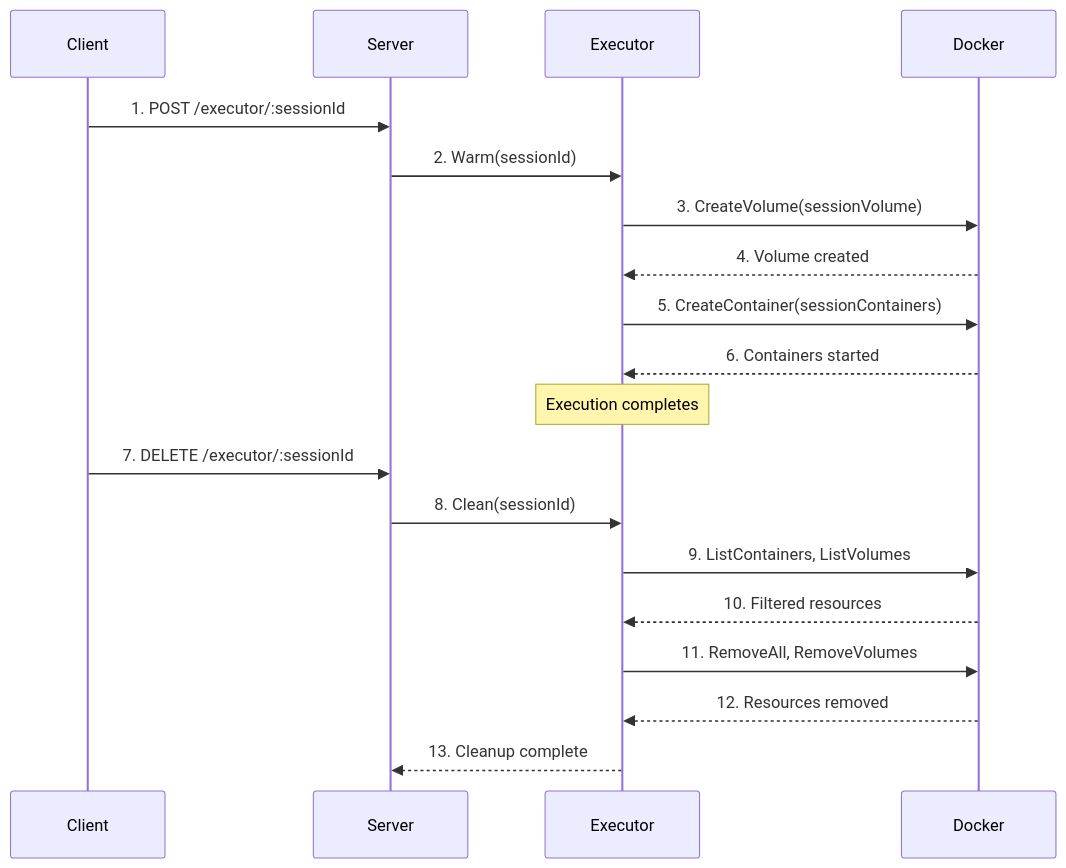
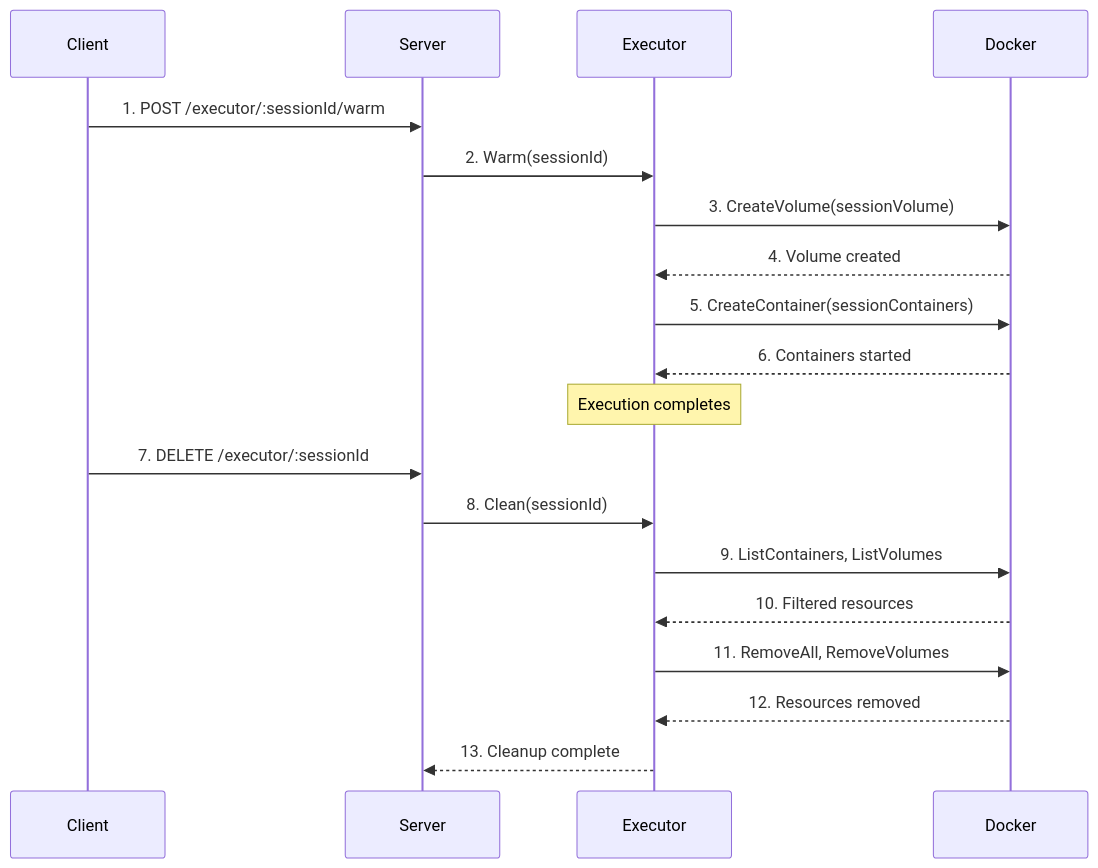
One commit to AtomiCloud/sulfone.boron changed the second of 2 diagrams in docs/developer/features/01-session-management.md. Above: the diagram before and after it, drawn with Mermaid. The commit also changed 27 other files, not shown here.

````diff
--- a/docs/developer/features/01-session-management.md
+++ b/docs/developer/features/01-session-management.md
@@ -39,24 +39,24 @@
 ```mermaid
 sequenceDiagram
     participant C as Client
     participant S as Server
     participant E as Executor
     participant D as Docker
 
-    C->>S: 1. POST /executor/:sessionId
+    C->>S: 1. POST /executor/:sessionId/warm
     S->>E: 2. Warm(sessionId)
     E->>D: 3. CreateVolume(sessionVolume)
     D-->>E: 4. Volume created
     E->>D: 5. CreateContainer(sessionContainers)
     D-->>E: 6. Containers started
 
     Note over E: Execution completes
 
     C->>S: 7. DELETE /executor/:sessionId
     S->>E: 8. Clean(sessionId)
     E->>D: 9. ListContainers, ListVolumes
     D-->>E: 10. Filtered resources
     E->>D: 11. RemoveAll, RemoveVolumes
     D-->>E: 12. Resources removed
     E-->>S: 13. Cleanup complete
 ```
````
